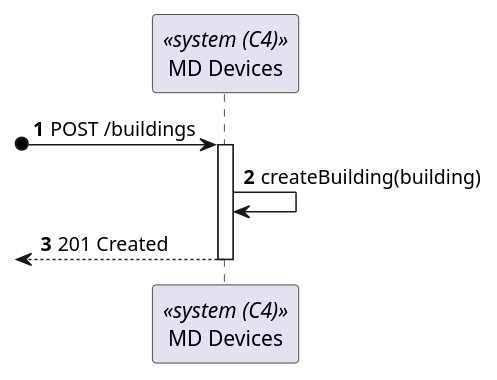
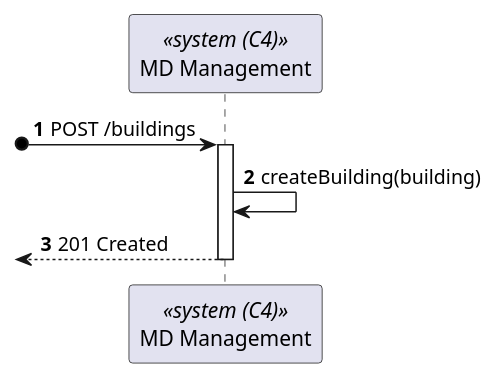
Before and after one commit to miseEnPlace-dev/lapr5: the diagram in _wiki/sprint-a/us01-150/views/level-2/process-view.puml, drawn with PlantUML. The commit also changed 9 other files, not shown here.

```diff
--- a/_wiki/sprint-a/us01-150/views/level-2/process-view.puml
+++ b/_wiki/sprint-a/us01-150/views/level-2/process-view.puml
@@ -1,13 +1,13 @@
 @startuml process-view
 autonumber
-participant SYS as "MD Devices" <<system (C4)>>
+participant SYS as "MD Management" <<system (C4)>>
 
 
 ?o-> SYS : POST /buildings
 activate SYS
 
 SYS -> SYS : createBuilding(building)
 <-- SYS : 201 Created
 deactivate SYS
 
 @enduml
```
